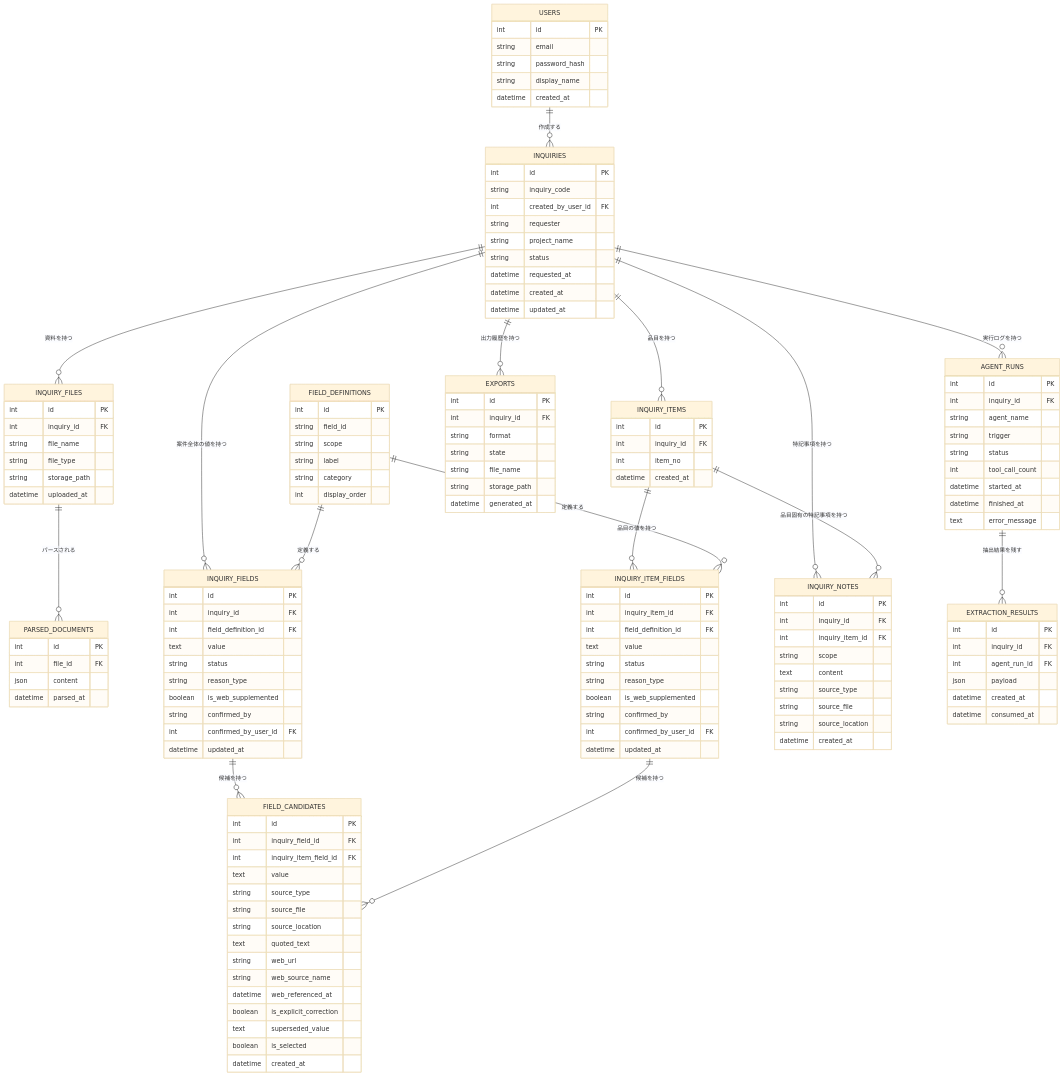
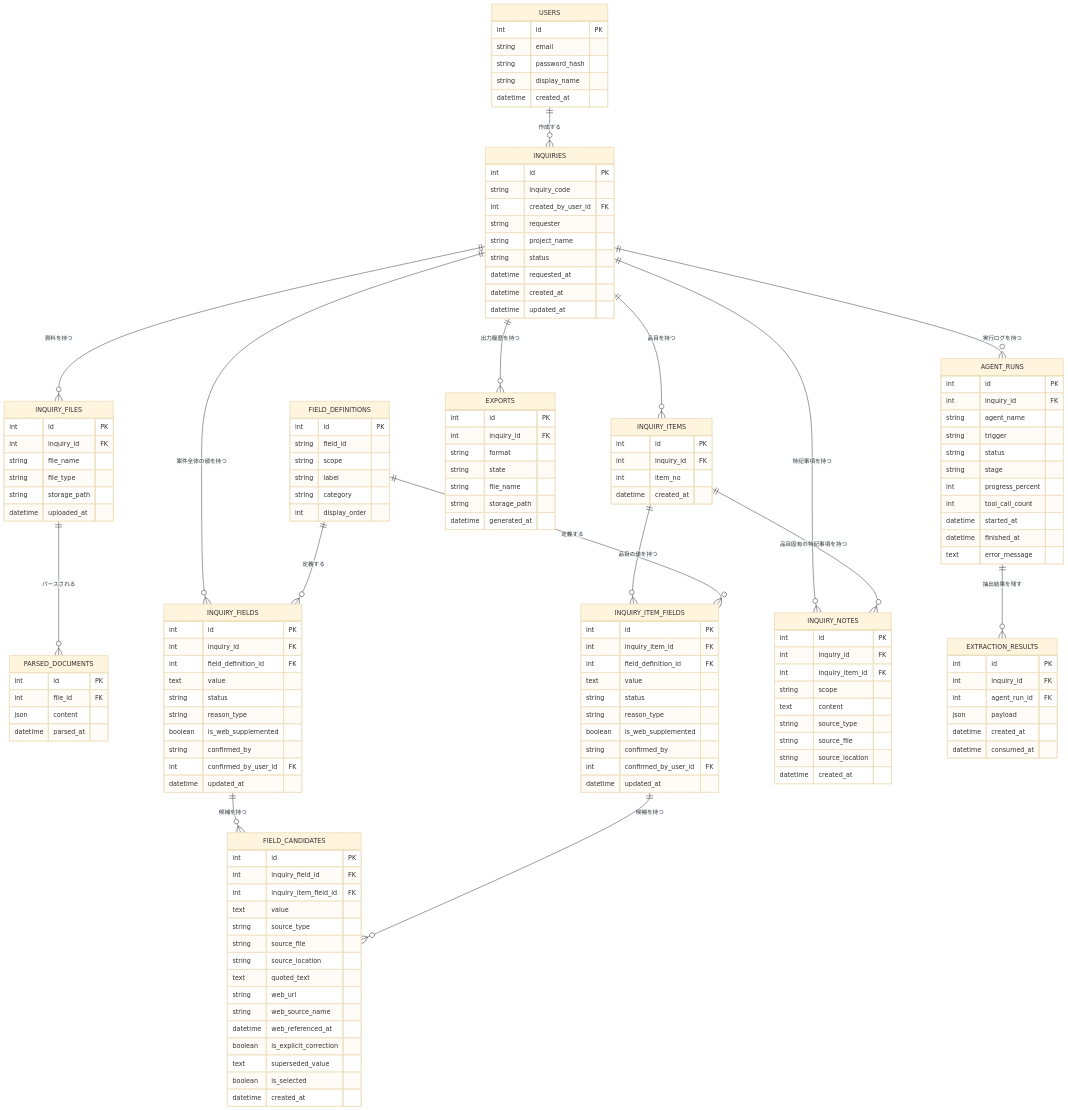
The diagram in docs/requirements/04-db.md (yama3n/sprint3-agent), drawn with Mermaid (base theme) before and after one commit. The commit also changed other lines of this file and 2 other files, not shown here.

```diff
--- a/docs/requirements/04-db.md
+++ b/docs/requirements/04-db.md
@@ -169,6 +169,8 @@
         string agent_name
         string trigger
         string status
+        string stage
+        int progress_percent
         int tool_call_count
         datetime started_at
         datetime finished_at
```
